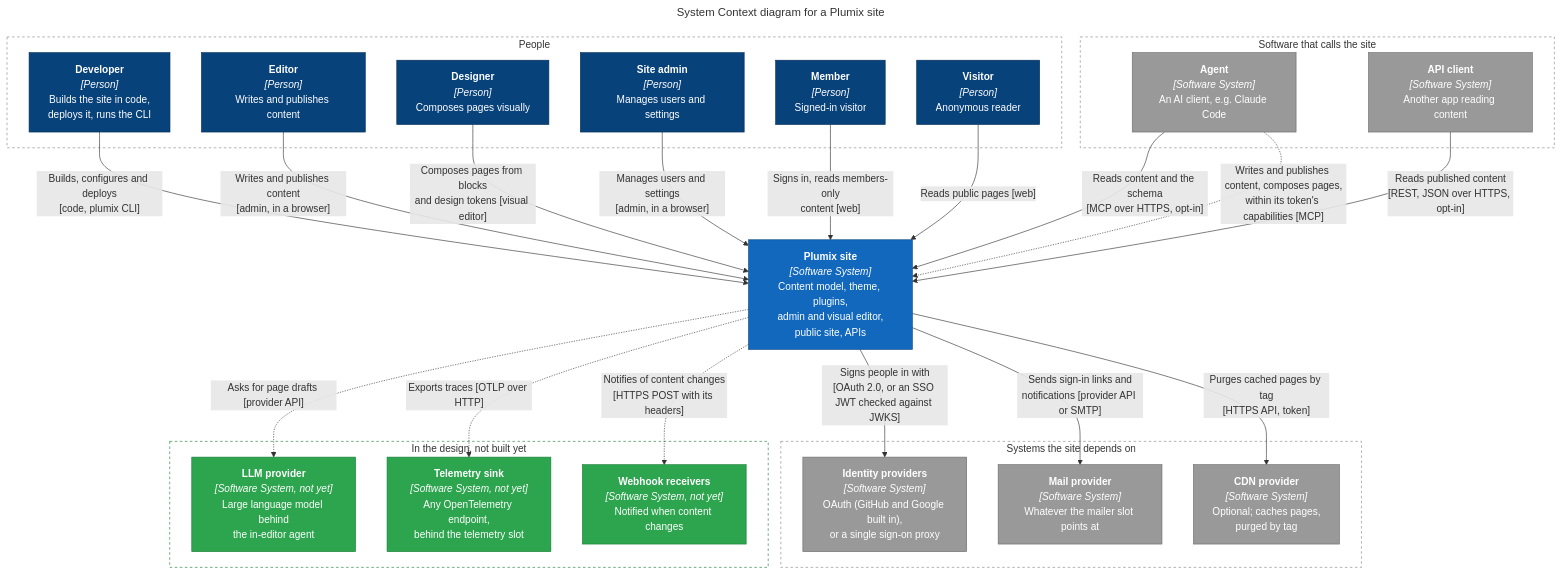
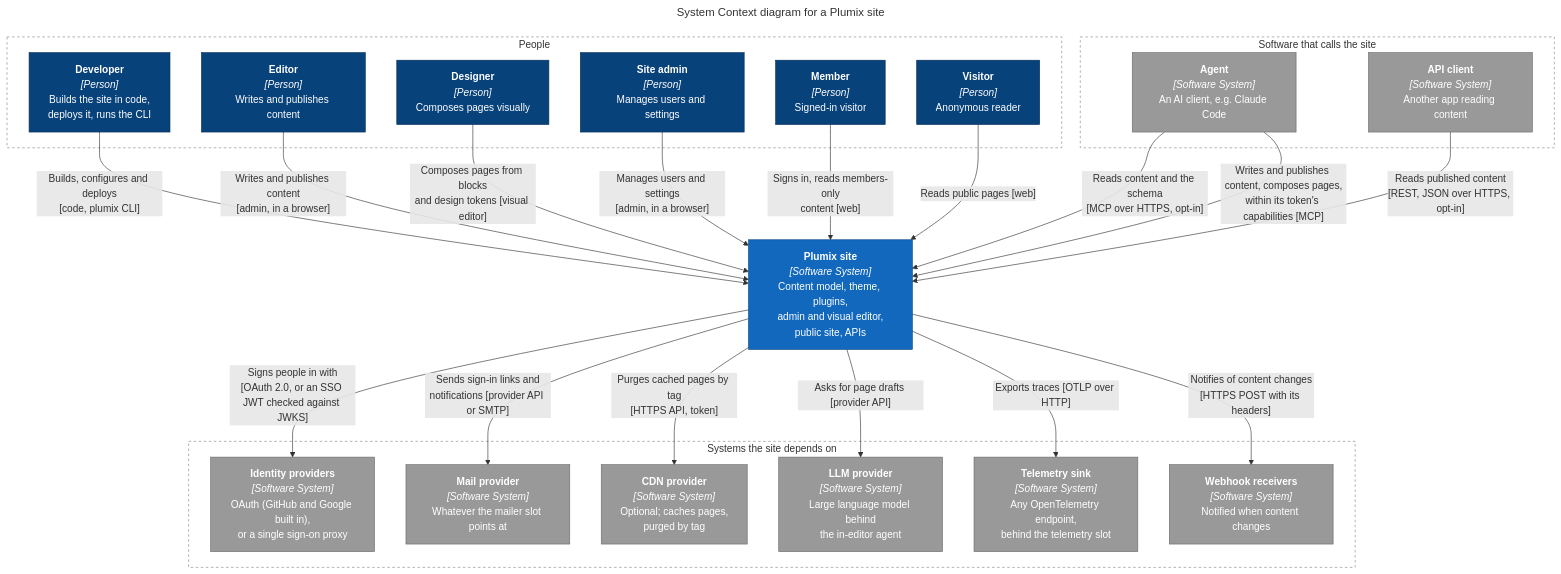
The first of 12 diagrams in ARCHITECTURE.md (withplumix/plumix), drawn with Mermaid before and after one commit. The commit also changed other lines of this file and 23 other files, not shown here.

````diff
--- a/ARCHITECTURE.md
+++ b/ARCHITECTURE.md
@@ -65,65 +58,59 @@
 ```mermaid
 ---
 title: System Context diagram for a Plumix site
 ---
 flowchart TB
   subgraph people["People"]
     dev["<b>Developer</b><br/><i>[Person]</i><br/>Builds the site in code,<br/>deploys it, runs the CLI"]
     editor["<b>Editor</b><br/><i>[Person]</i><br/>Writes and publishes content"]
     designer["<b>Designer</b><br/><i>[Person]</i><br/>Composes pages visually"]
     admin["<b>Site admin</b><br/><i>[Person]</i><br/>Manages users and settings"]
     member["<b>Member</b><br/><i>[Person]</i><br/>Signed-in visitor"]
     visitor["<b>Visitor</b><br/><i>[Person]</i><br/>Anonymous reader"]
   end
 
   subgraph callers["Software that calls the site"]
     agent["<b>Agent</b><br/><i>[Software System]</i><br/>An AI client, e.g. Claude Code"]
     api["<b>API client</b><br/><i>[Software System]</i><br/>Another app reading content"]
   end
 
   site["<b>Plumix site</b><br/><i>[Software System]</i><br/>Content model, theme, plugins,<br/>admin and visual editor,<br/>public site, APIs"]
 
   subgraph used["Systems the site depends on"]
     idp["<b>Identity providers</b><br/><i>[Software System]</i><br/>OAuth (GitHub and Google built in),<br/>or a single sign-on proxy"]
     mail["<b>Mail provider</b><br/><i>[Software System]</i><br/>Whatever the mailer slot points at"]
     cdnapi["<b>CDN provider</b><br/><i>[Software System]</i><br/>Optional; caches pages,<br/>purged by tag"]
-  end
-
-  subgraph ahead["In the design, not built yet"]
-    llm["<b>LLM provider</b><br/><i>[Software System, not yet]</i><br/>Large language model behind<br/>the in-editor agent"]
-    otel["<b>Telemetry sink</b><br/><i>[Software System, not yet]</i><br/>Any OpenTelemetry endpoint,<br/>behind the telemetry slot"]
-    hooks["<b>Webhook receivers</b><br/><i>[Software System, not yet]</i><br/>Notified when content changes"]
+    llm["<b>LLM provider</b><br/><i>[Software System]</i><br/>Large language model behind<br/>the in-editor agent"]
+    otel["<b>Telemetry sink</b><br/><i>[Software System]</i><br/>Any OpenTelemetry endpoint,<br/>behind the telemetry slot"]
+    hooks["<b>Webhook receivers</b><br/><i>[Software System]</i><br/>Notified when content changes"]
   end
 
   dev -- "Builds, configures and deploys<br/>[code, plumix CLI]" --> site
   editor -- "Writes and publishes content<br/>[admin, in a browser]" --> site
   designer -- "Composes pages from blocks<br/>and design tokens [visual editor]" --> site
   admin -- "Manages users and settings<br/>[admin, in a browser]" --> site
   member -- "Signs in, reads members-only<br/>content [web]" --> site
   visitor -- "Reads public pages [web]" --> site
   agent -- "Reads content and the schema<br/>[MCP over HTTPS, opt-in]" --> site
-  agent -. "Writes and publishes content, composes pages,<br/>within its token's capabilities [MCP]" .-> site
+  agent -- "Writes and publishes content, composes pages,<br/>within its token's capabilities [MCP]" --> site
   api -- "Reads published content<br/>[REST, JSON over HTTPS, opt-in]" --> site
   site -- "Signs people in with<br/>[OAuth 2.0, or an SSO JWT checked against JWKS]" --> idp
   site -- "Sends sign-in links and<br/>notifications [provider API or SMTP]" --> mail
   site -- "Purges cached pages by tag<br/>[HTTPS API, token]" --> cdnapi
-  site -. "Asks for page drafts [provider API]" .-> llm
-  site -. "Exports traces [OTLP over HTTP]" .-> otel
-  site -. "Notifies of content changes<br/>[HTTPS POST with its headers]" .-> hooks
+  site -- "Asks for page drafts [provider API]" --> llm
+  site -- "Exports traces [OTLP over HTTP]" --> otel
+  site -- "Notifies of content changes<br/>[HTTPS POST with its headers]" --> hooks
 
   classDef person fill:#08427b,stroke:#052e56,color:#fff
   classDef system fill:#1168bd,stroke:#0b4884,color:#fff
   classDef cont fill:#438dd5,stroke:#2e6295,color:#fff
   classDef comp fill:#85bbf0,stroke:#5d82a8,color:#000
   classDef ext fill:#999999,stroke:#6b6b6b,color:#fff
-  classDef goal fill:#2da44e,stroke:#1a7f37,color:#fff
   classDef infra fill:#ffffff,stroke:#438dd5,color:#1a1a1a
   class dev,editor,designer,admin,member,visitor person
   class site system
-  class agent,api,idp,mail,cdnapi ext
-  class llm,otel,hooks goal
+  class agent,api,idp,mail,cdnapi,llm,otel,hooks ext
   style people fill:none,stroke:#888,stroke-dasharray:4 4
   style callers fill:none,stroke:#888,stroke-dasharray:4 4
   style used fill:none,stroke:#888,stroke-dasharray:4 4
-  style ahead fill:none,stroke:#1a7f37,stroke-dasharray:4 4
 ```
````
